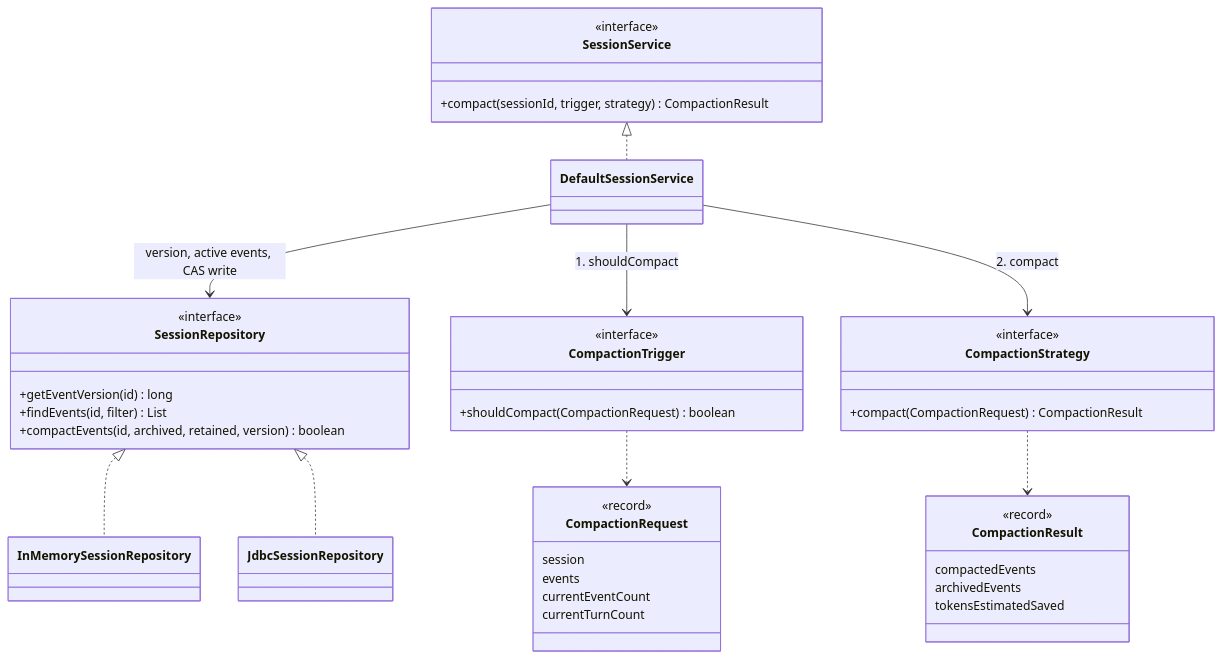
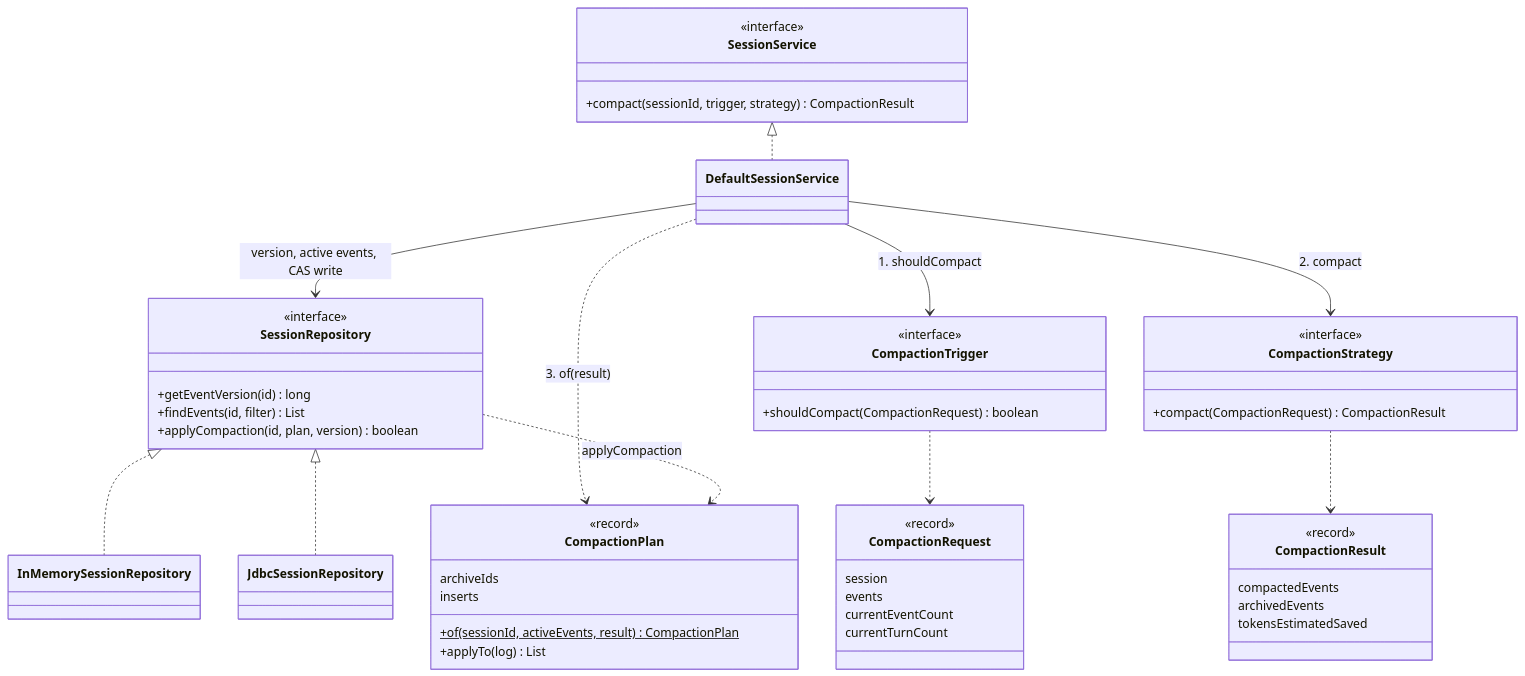
One commit to andotorg/spring-ai-session changed the first of 9 diagrams in docs/session-management/compaction-internals.md. Above: the diagram before and after it, drawn with Mermaid. The commit also changed other lines of this file and 44 other files, not shown here.

````diff
--- a/docs/session-management/compaction-internals.md
+++ b/docs/session-management/compaction-internals.md
@@ -24,49 +29,58 @@
 ```mermaid
 classDiagram
     direction TB
 
     class SessionService {
         <<interface>>
         +compact(sessionId, trigger, strategy) CompactionResult
     }
     class DefaultSessionService
     class SessionRepository {
         <<interface>>
         +getEventVersion(id) long
         +findEvents(id, filter) List
-        +compactEvents(id, archived, retained, version) boolean
+        +applyCompaction(id, plan, version) boolean
     }
     class InMemorySessionRepository
     class JdbcSessionRepository
 
     class CompactionTrigger {
         <<interface>>
         +shouldCompact(CompactionRequest) boolean
     }
     class CompactionStrategy {
         <<interface>>
         +compact(CompactionRequest) CompactionResult
     }
     class CompactionRequest {
         <<record>>
         session
         events
         currentEventCount
         currentTurnCount
     }
     class CompactionResult {
         <<record>>
         compactedEvents
         archivedEvents
         tokensEstimatedSaved
     }
+    class CompactionPlan {
+        <<record>>
+        archiveIds
+        inserts
+        +of(sessionId, activeEvents, result)$ CompactionPlan
+        +applyTo(log) List
+    }
 
     SessionService <|.. DefaultSessionService
     DefaultSessionService --> SessionRepository : version, active events, CAS write
     SessionRepository <|.. InMemorySessionRepository
     SessionRepository <|.. JdbcSessionRepository
     DefaultSessionService --> CompactionTrigger : 1. shouldCompact
     DefaultSessionService --> CompactionStrategy : 2. compact
+    DefaultSessionService ..> CompactionPlan : 3. of(result)
     CompactionTrigger ..> CompactionRequest
     CompactionStrategy ..> CompactionResult
+    SessionRepository ..> CompactionPlan : applyCompaction
 ```
````
